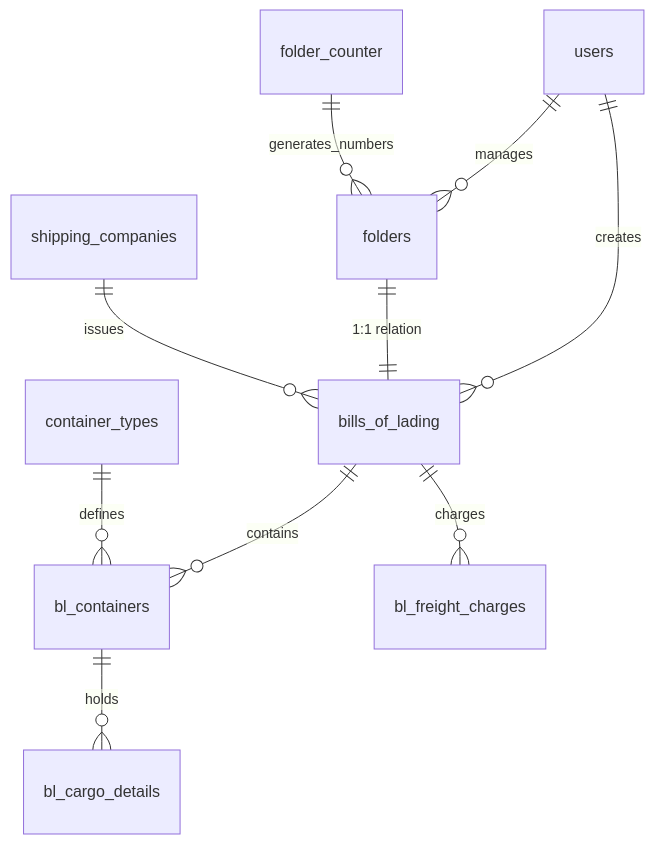
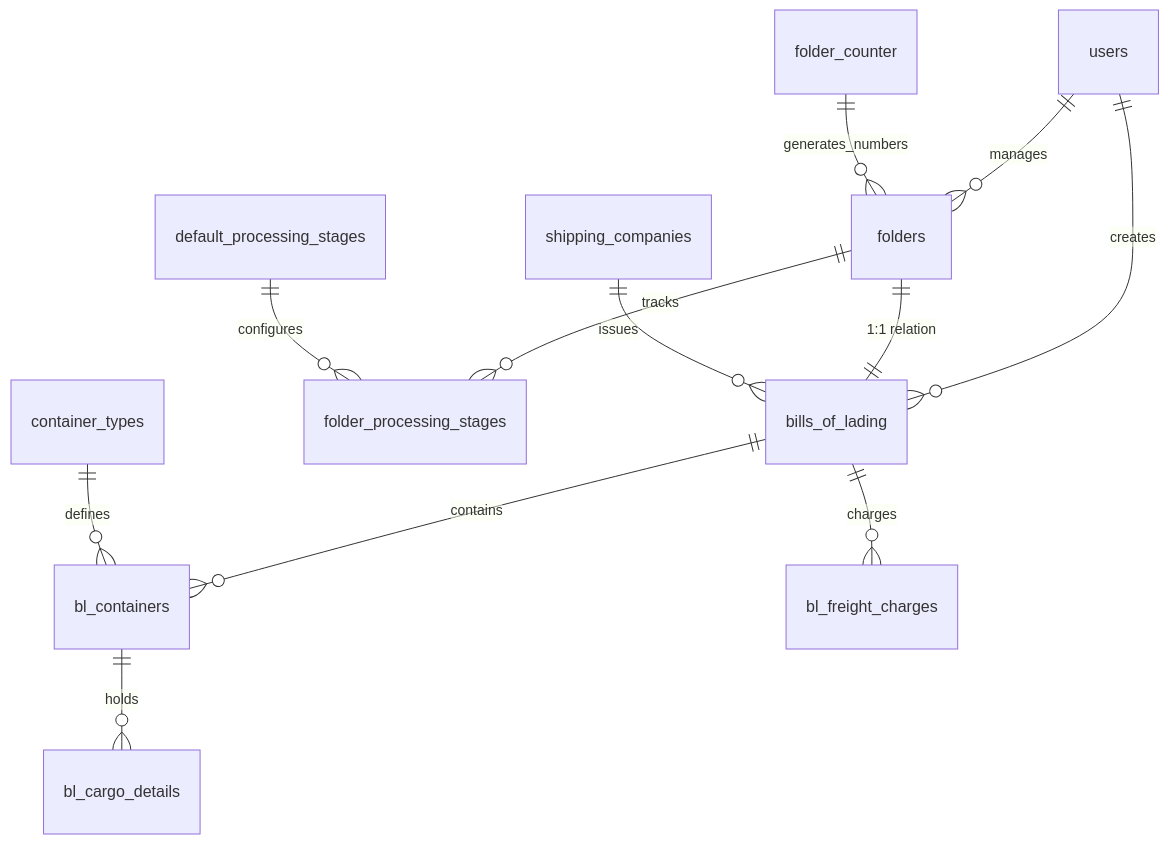
One commit to kkzakaria/njillu-app changed the diagram in docs/DATABASE_SCHEMA.md. Above: the diagram before and after it, drawn with Mermaid. The commit also changed other lines of this file and 44 other files, not shown here.

First line of the commit message:
feat: Architecture Modulaire v2.0 + Système d'Étapes + Type Safety

````diff
--- a/docs/DATABASE_SCHEMA.md
+++ b/docs/DATABASE_SCHEMA.md
@@ -17,12 +19,14 @@
 ```mermaid
 erDiagram
     users ||--o{ folders : manages
     users ||--o{ bills_of_lading : creates
     folders ||--|| bills_of_lading : "1:1 relation"
+    folders ||--o{ folder_processing_stages : tracks
+    default_processing_stages ||--o{ folder_processing_stages : configures
     shipping_companies ||--o{ bills_of_lading : issues
     bills_of_lading ||--o{ bl_containers : contains
     container_types ||--o{ bl_containers : defines
     bl_containers ||--o{ bl_cargo_details : holds
     bills_of_lading ||--o{ bl_freight_charges : charges
     folder_counter ||--o{ folders : generates_numbers
 ```
````
